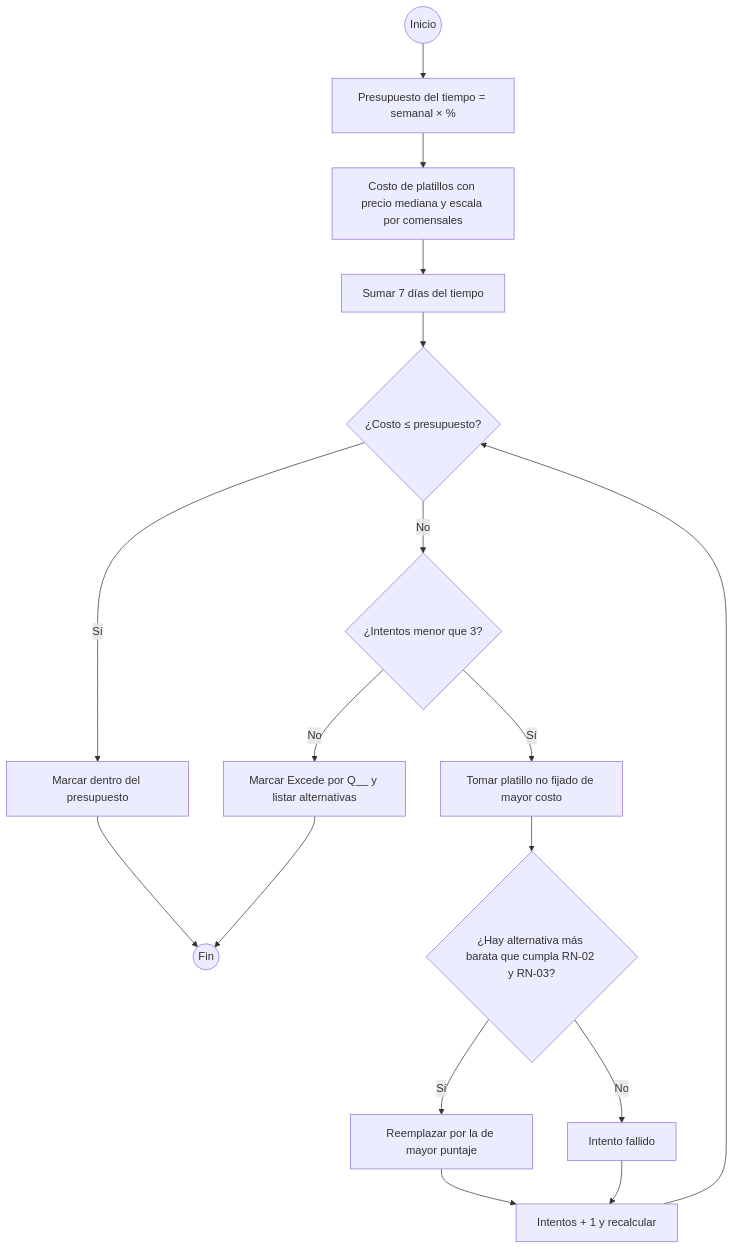
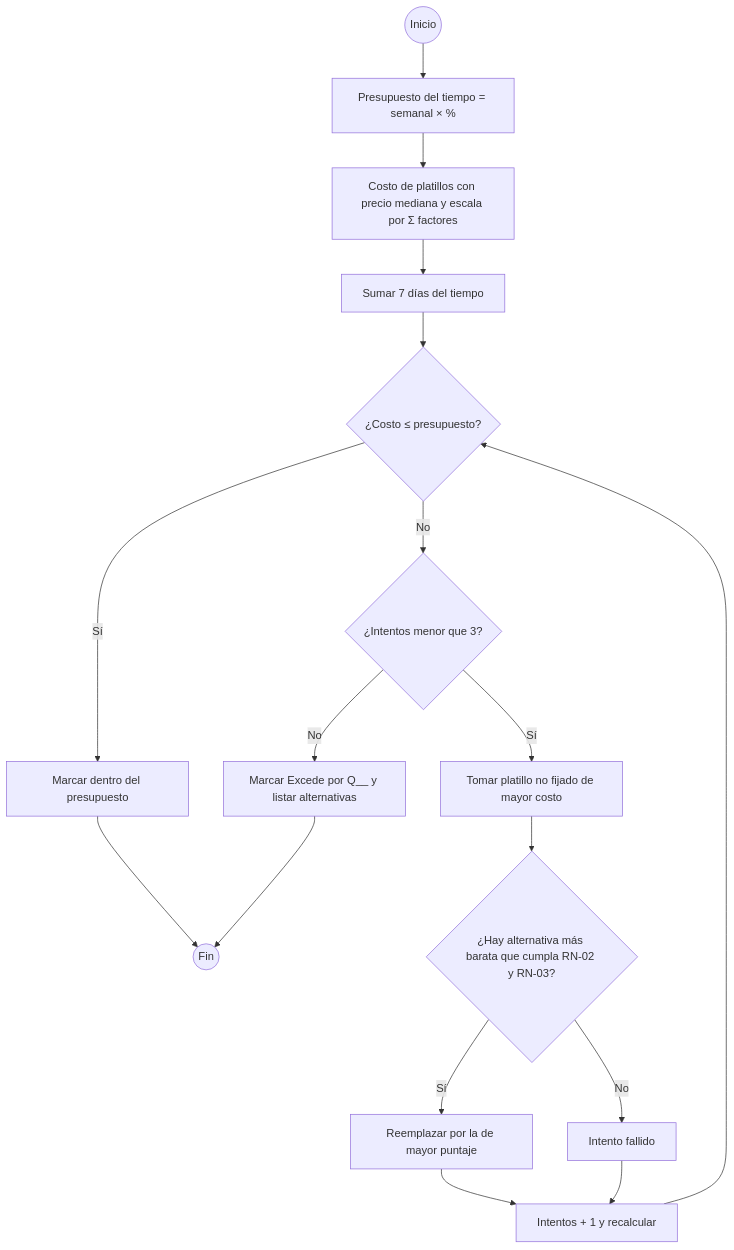
The sixth of 11 diagrams in docs/01-requerimientos/historias/M05-motor-sugerencias.md (devrenerosales/App_Comidas), drawn with Mermaid before and after one commit. The commit also changed other lines of this file and 11 other files, not shown here.

````diff
--- a/docs/01-requerimientos/historias/M05-motor-sugerencias.md
+++ b/docs/01-requerimientos/historias/M05-motor-sugerencias.md
@@ -323,17 +323,17 @@
 ```mermaid
 flowchart TD
   INI(("Inicio")) --> A["Presupuesto del tiempo = semanal × %"]
-  A --> B["Costo de platillos con precio mediana y escala por comensales"]
+  A --> B["Costo de platillos con precio mediana y escala por Σ factores"]
   B --> C["Sumar 7 días del tiempo"]
   C --> D{"¿Costo ≤ presupuesto?"}
   D -- Sí --> OK["Marcar dentro del presupuesto"] --> FIN(("Fin"))
   D -- No --> E{"¿Intentos menor que 3?"}
   E -- No --> W["Marcar Excede por Q__ y listar alternativas"] --> FIN
   E -- Sí --> F["Tomar platillo no fijado de mayor costo"]
   F --> G{"¿Hay alternativa más barata que cumpla RN-02 y RN-03?"}
   G -- Sí --> H["Reemplazar por la de mayor puntaje"]
   G -- No --> I["Intento fallido"]
   H --> J["Intentos + 1 y recalcular"]
   I --> J
   J --> D
 ```
````
